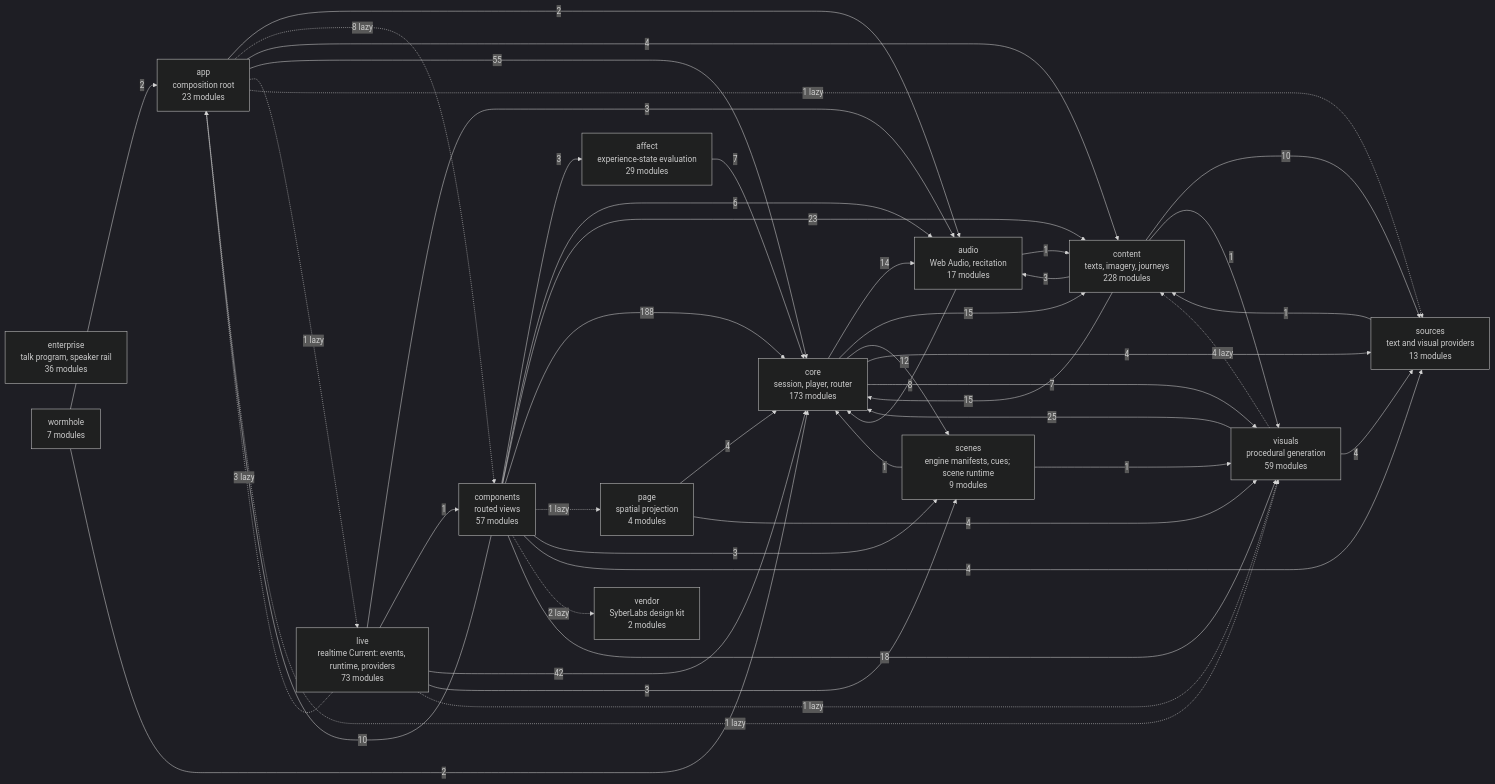
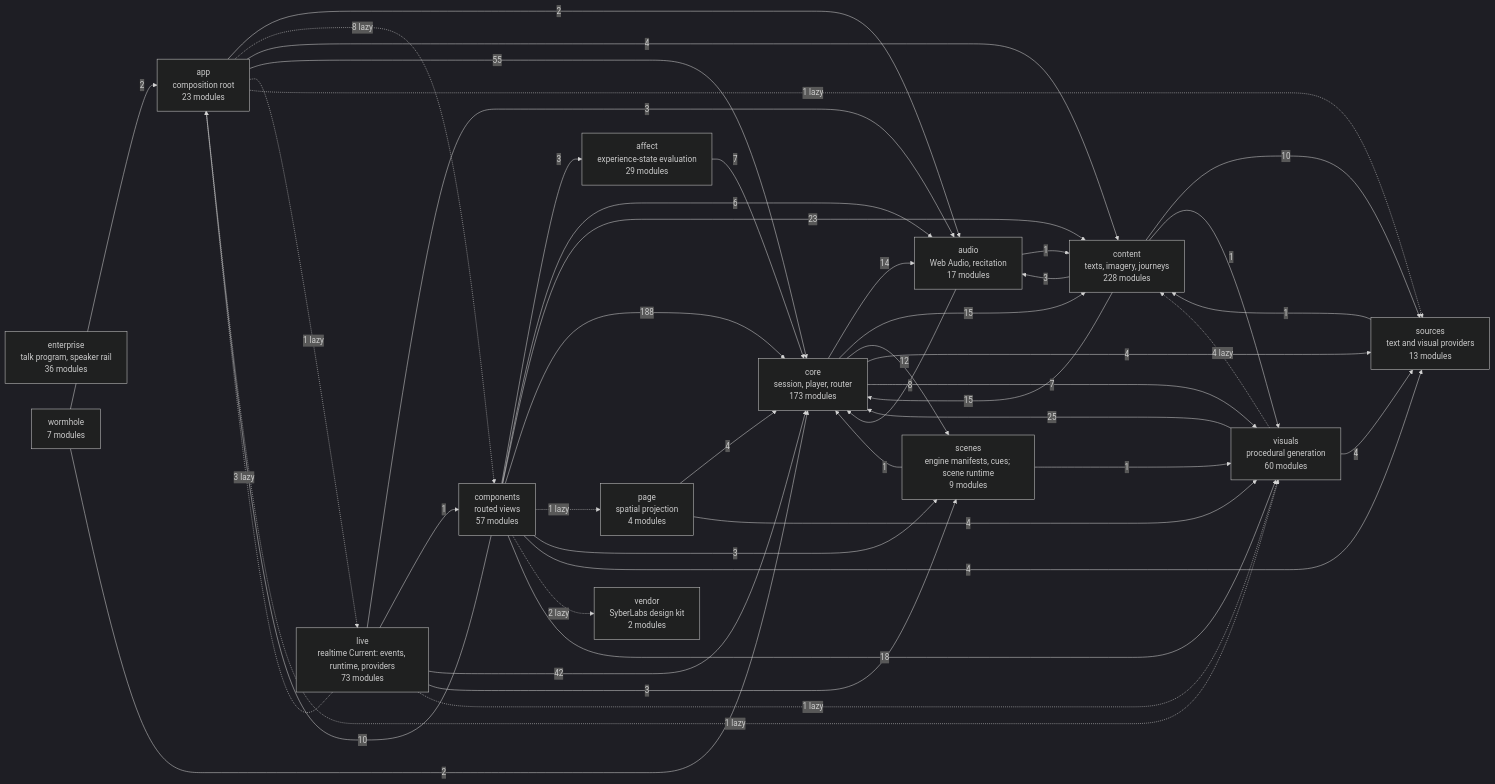
Before and after one commit to SyberLabs/RISE: the diagram in docs/specs/ARCHITECTURE.md, drawn with Mermaid (dark theme). The commit also changed 23 other files, not shown here.

````diff
--- a/docs/specs/ARCHITECTURE.md
+++ b/docs/specs/ARCHITECTURE.md
@@ -161,63 +161,63 @@
 ```mermaid
 flowchart LR
     affect["affect<br/>experience-state evaluation<br/>29 modules"]
     app["app<br/>composition root<br/>23 modules"]
     audio["audio<br/>Web Audio, recitation<br/>17 modules"]
     components["components<br/>routed views<br/>57 modules"]
     content["content<br/>texts, imagery, journeys<br/>228 modules"]
     core["core<br/>session, player, router<br/>173 modules"]
     enterprise["enterprise<br/>talk program, speaker rail<br/>36 modules"]
     live["live<br/>realtime Current: events, runtime, providers<br/>73 modules"]
     page["page<br/>spatial projection<br/>4 modules"]
     scenes["scenes<br/>engine manifests, cues; scene runtime<br/>9 modules"]
     sources["sources<br/>text and visual providers<br/>13 modules"]
     vendor["vendor<br/>SyberLabs design kit<br/>2 modules"]
-    visuals["visuals<br/>procedural generation<br/>59 modules"]
+    visuals["visuals<br/>procedural generation<br/>60 modules"]
     wormhole["wormhole<br/>7 modules"]
 
     affect --> |7| core
     app --> |2| audio
     app -.-> |8 lazy| components
     app --> |4| content
     app --> |55| core
     app -.-> |1 lazy| live
     app -.-> |1 lazy| sources
     app -.-> |1 lazy| visuals
     audio --> |1| content
     audio --> |8| core
     components --> |3| affect
     components --> |10| app
     components --> |6| audio
     components --> |23| content
     components --> |188| core
     components -.-> |1 lazy| page
     components --> |3| scenes
     components --> |4| sources
     components -.-> |2 lazy| vendor
     components --> |18| visuals
     content --> |3| audio
     content --> |15| core
     content --> |10| sources
     content --> |1| visuals
     core --> |14| audio
     core --> |15| content
     core --> |12| scenes
     core --> |4| sources
     core --> |7| visuals
     live -.-> |3 lazy| app
     live --> |3| audio
     live --> |1| components
     live --> |42| core
     live --> |3| scenes
     live -.-> |1 lazy| visuals
     page --> |4| core
     page --> |4| visuals
     scenes --> |1| core
     scenes --> |1| visuals
     sources --> |1| content
     visuals -.-> |4 lazy| content
     visuals --> |25| core
     visuals --> |4| sources
     wormhole --> |2| app
     wormhole --> |2| core
 ```
````
